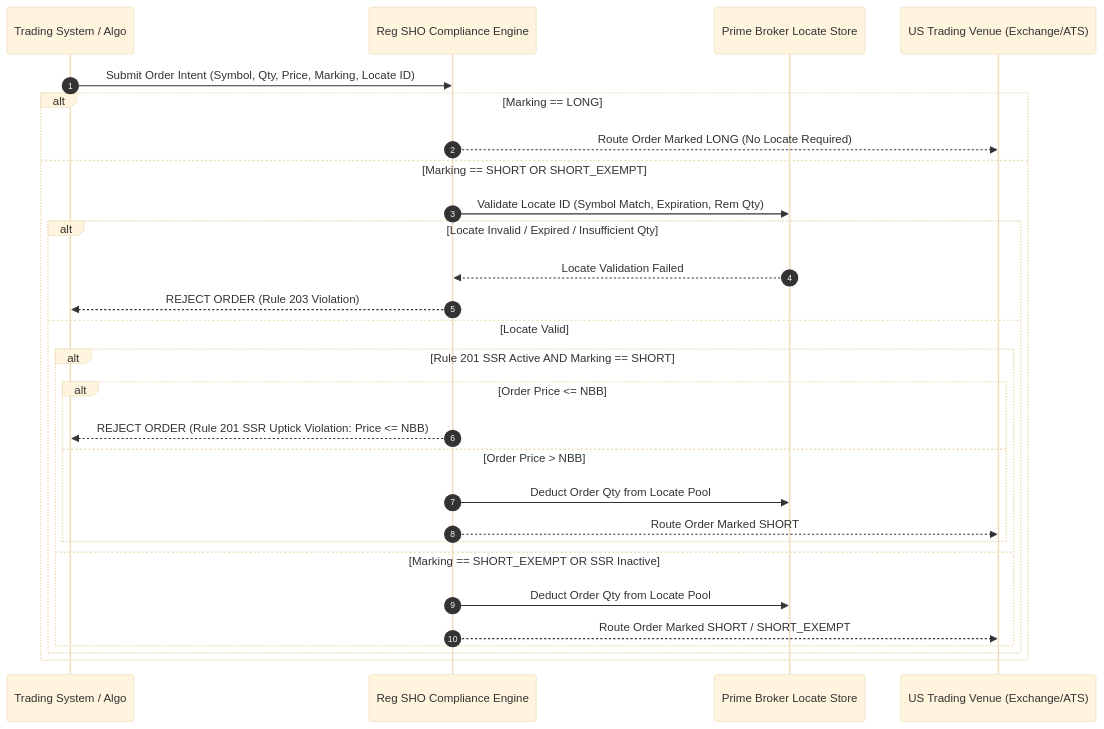
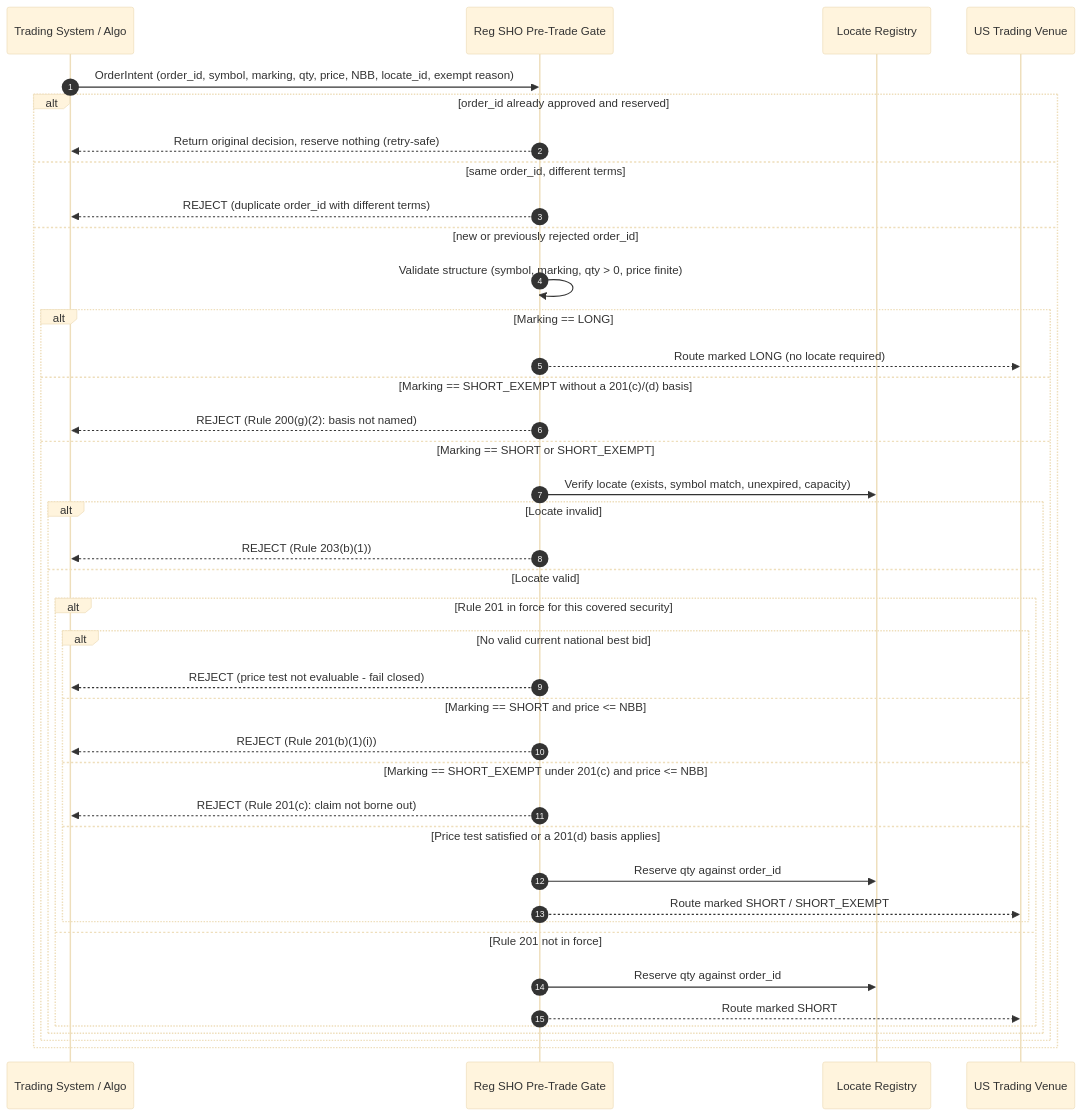
The first of 3 diagrams in skills/us-reg-sho-short-sale-locate-requirements/references/workflows.md (HimanshuJ16/Algo-Trading-Skills), drawn with Mermaid (base theme) before and after one commit. The commit also changed other lines of this file and 443 other files, not shown here.

````diff
--- a/skills/us-reg-sho-short-sale-locate-requirements/references/workflows.md
+++ b/skills/us-reg-sho-short-sale-locate-requirements/references/workflows.md
@@ -4,32 +5,44 @@
 ```mermaid
 sequenceDiagram
     autonumber
     participant Trader as Trading System / Algo
-    participant Engine as Reg SHO Compliance Engine
-    participant LocateDB as Prime Broker Locate Store
-    participant Exchange as US Trading Venue (Exchange/ATS)
+    participant Engine as Reg SHO Pre-Trade Gate
+    participant LocateDB as Locate Registry
+    participant Exchange as US Trading Venue
 
-    Trader->>Engine: Submit Order Intent (Symbol, Qty, Price, Marking, Locate ID)
-    
-    alt Marking == LONG
-        Engine-->>Exchange: Route Order Marked LONG (No Locate Required)
-    else Marking == SHORT OR SHORT_EXEMPT
-        Engine->>LocateDB: Validate Locate ID (Symbol Match, Expiration, Rem Qty)
-        alt Locate Invalid / Expired / Insufficient Qty
-            LocateDB-->>Engine: Locate Validation Failed
-            Engine-->>Trader: REJECT ORDER (Rule 203 Violation)
-        else Locate Valid
-            alt Rule 201 SSR Active AND Marking == SHORT
-                alt Order Price <= NBB
-                    Engine-->>Trader: REJECT ORDER (Rule 201 SSR Uptick Violation: Price <= NBB)
-                else Order Price > NBB
-                    Engine->>LocateDB: Deduct Order Qty from Locate Pool
-                    Engine-->>Exchange: Route Order Marked SHORT
+    Trader->>Engine: OrderIntent (order_id, symbol, marking, qty, price, NBB, locate_id, exempt reason)
+
+    alt order_id already approved and reserved
+        Engine-->>Trader: Return original decision, reserve nothing (retry-safe)
+    else same order_id, different terms
+        Engine-->>Trader: REJECT (duplicate order_id with different terms)
+    else new or previously rejected order_id
+        Engine->>Engine: Validate structure (symbol, marking, qty > 0, price finite)
+        alt Marking == LONG
+            Engine-->>Exchange: Route marked LONG (no locate required)
+        else Marking == SHORT_EXEMPT without a 201(c)/(d) basis
+            Engine-->>Trader: REJECT (Rule 200(g)(2): basis not named)
+        else Marking == SHORT or SHORT_EXEMPT
+            Engine->>LocateDB: Verify locate (exists, symbol match, unexpired, capacity)
+            alt Locate invalid
+                Engine-->>Trader: REJECT (Rule 203(b)(1))
+            else Locate valid
+                alt Rule 201 in force for this covered security
+                    alt No valid current national best bid
+                        Engine-->>Trader: REJECT (price test not evaluable - fail closed)
+                    else Marking == SHORT and price <= NBB
+                        Engine-->>Trader: REJECT (Rule 201(b)(1)(i))
+                    else Marking == SHORT_EXEMPT under 201(c) and price <= NBB
+                        Engine-->>Trader: REJECT (Rule 201(c): claim not borne out)
+                    else Price test satisfied or a 201(d) basis applies
+                        Engine->>LocateDB: Reserve qty against order_id
+                        Engine-->>Exchange: Route marked SHORT / SHORT_EXEMPT
+                    end
+                else Rule 201 not in force
+                    Engine->>LocateDB: Reserve qty against order_id
+                    Engine-->>Exchange: Route marked SHORT
                 end
-            else Marking == SHORT_EXEMPT OR SSR Inactive
-                Engine->>LocateDB: Deduct Order Qty from Locate Pool
-                Engine-->>Exchange: Route Order Marked SHORT / SHORT_EXEMPT
             end
         end
     end
 ```
````
